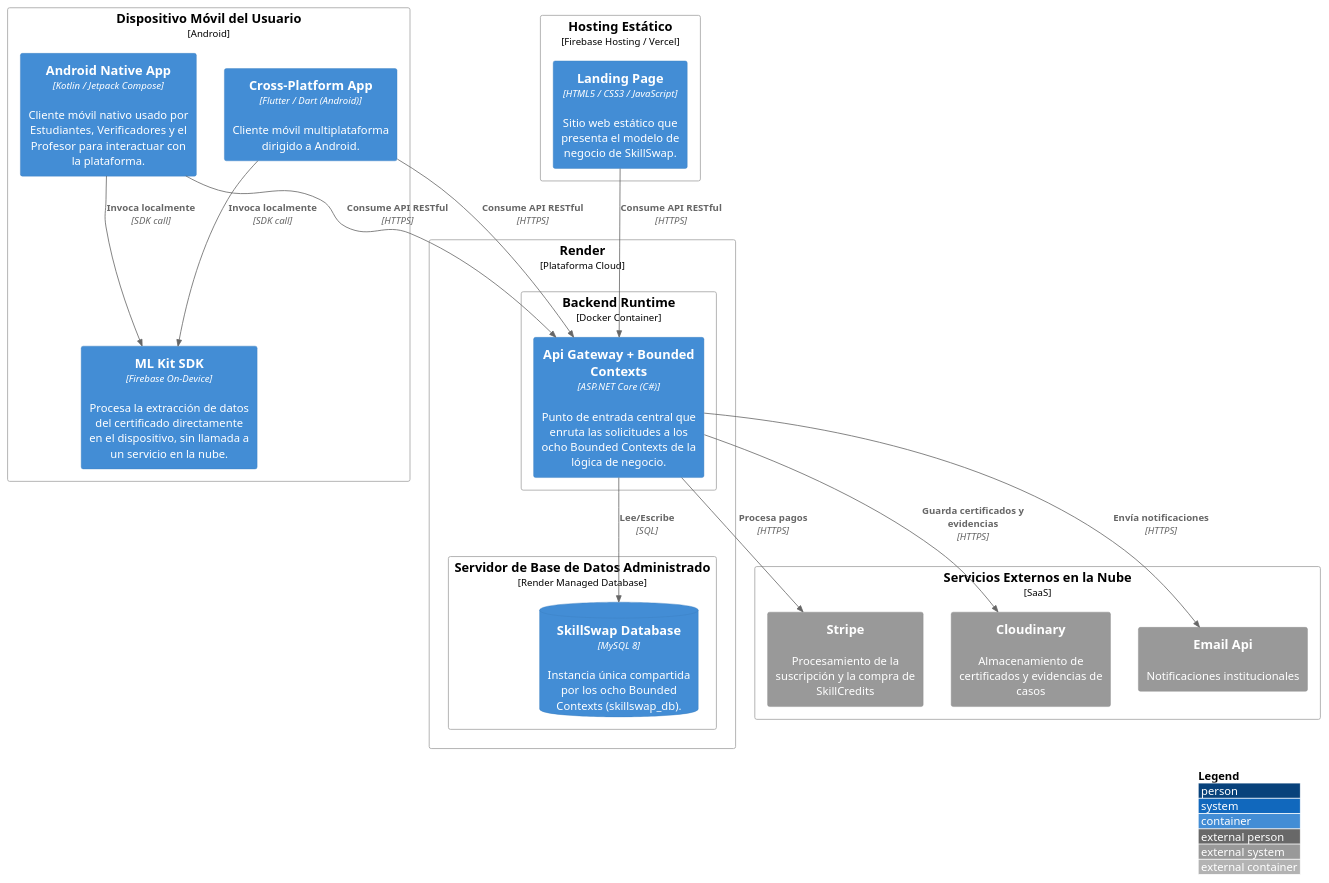
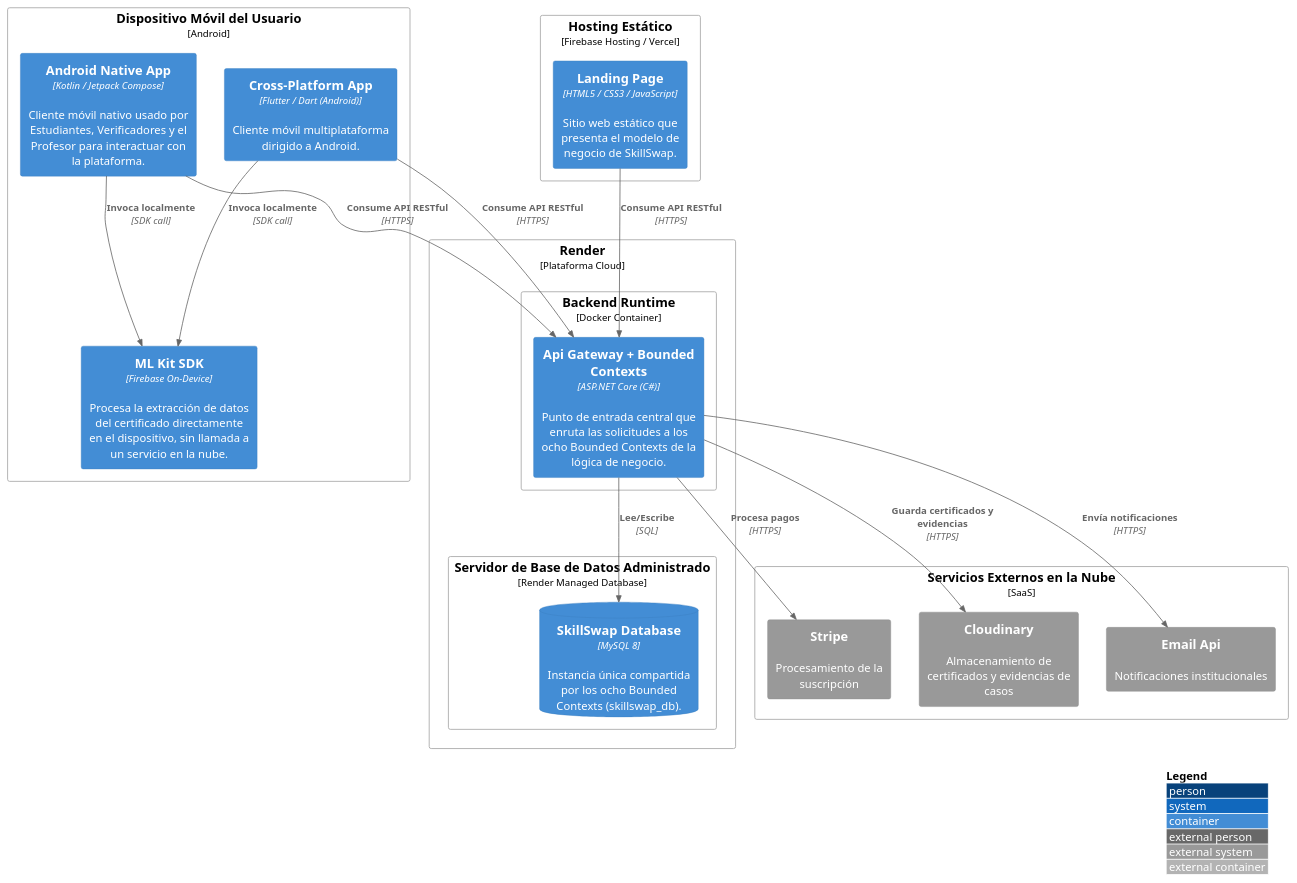
The diagram in DB&C4/Deployment Diagram.puml (Aplicaciones-Dispositivos-Moviles/SkillSwap-ProjectReport), drawn with PlantUML before and after one commit. The commit also changed 10 other files, not shown here.

Commit message:
docs: update architecture, DDD, and initial chapters for AI verification pivot

```diff
--- a/DB&C4/Deployment Diagram.puml
+++ b/DB&C4/Deployment Diagram.puml
@@ -1,44 +1,44 @@
 @startuml SkillSwapDeployment
 !include https://raw.githubusercontent.com/plantuml-stdlib/C4-PlantUML/master/C4_Deployment.puml
 
 LAYOUT_WITH_LEGEND()
 
 Deployment_Node(userDevice, "Dispositivo Móvil del Usuario", "Android"){
     Container(androidApp, "Android Native App", "Kotlin / Jetpack Compose", "Cliente móvil nativo usado por Estudiantes, Verificadores y el Profesor para interactuar con la plataforma.")
     Container(flutterApp, "Cross-Platform App", "Flutter / Dart (Android)", "Cliente móvil multiplataforma dirigido a Android.")
     Container(mlKitSdk, "ML Kit SDK", "Firebase On-Device", "Procesa la extracción de datos del certificado directamente en el dispositivo, sin llamada a un servicio en la nube.")
 }
 
 Deployment_Node(staticHosting, "Hosting Estático", "Firebase Hosting / Vercel"){
     Container(landingPage, "Landing Page", "HTML5 / CSS3 / JavaScript", "Sitio web estático que presenta el modelo de negocio de SkillSwap.")
 }
 
 Deployment_Node(cloudPlatform, "Render", "Plataforma Cloud"){
     Deployment_Node(backendRuntime, "Backend Runtime", "Docker Container"){
         Container(apiGateway, "Api Gateway + Bounded Contexts", "ASP.NET Core (C#)", "Punto de entrada central que enruta las solicitudes a los ocho Bounded Contexts de la lógica de negocio.")
     }
     Deployment_Node(dbServer, "Servidor de Base de Datos Administrado", "Render Managed Database"){
         ContainerDb(mainDB, "SkillSwap Database", "MySQL 8", "Instancia única compartida por los ocho Bounded Contexts (skillswap_db).")
     }
 }
 
 Deployment_Node(externalCloud, "Servicios Externos en la Nube", "SaaS"){
     System_Ext(cloudStorage, "Cloudinary", "Almacenamiento de certificados y evidencias de casos")
     System_Ext(emailService, "Email Api", "Notificaciones institucionales")
-    System_Ext(stripeApi, "Stripe", "Procesamiento de la suscripción y la compra de SkillCredits")
+    System_Ext(stripeApi, "Stripe", "Procesamiento de la suscripción")
 }
 
 Rel(androidApp, mlKitSdk, "Invoca localmente", "SDK call")
 Rel(flutterApp, mlKitSdk, "Invoca localmente", "SDK call")
 
 Rel(androidApp, apiGateway, "Consume API RESTful", "HTTPS")
 Rel(flutterApp, apiGateway, "Consume API RESTful", "HTTPS")
 Rel(landingPage, apiGateway, "Consume API RESTful", "HTTPS")
 
 Rel(apiGateway, mainDB, "Lee/Escribe", "SQL")
 
 Rel(apiGateway, cloudStorage, "Guarda certificados y evidencias", "HTTPS")
 Rel(apiGateway, emailService, "Envía notificaciones", "HTTPS")
 Rel(apiGateway, stripeApi, "Procesa pagos", "HTTPS")
 
 @enduml
```
